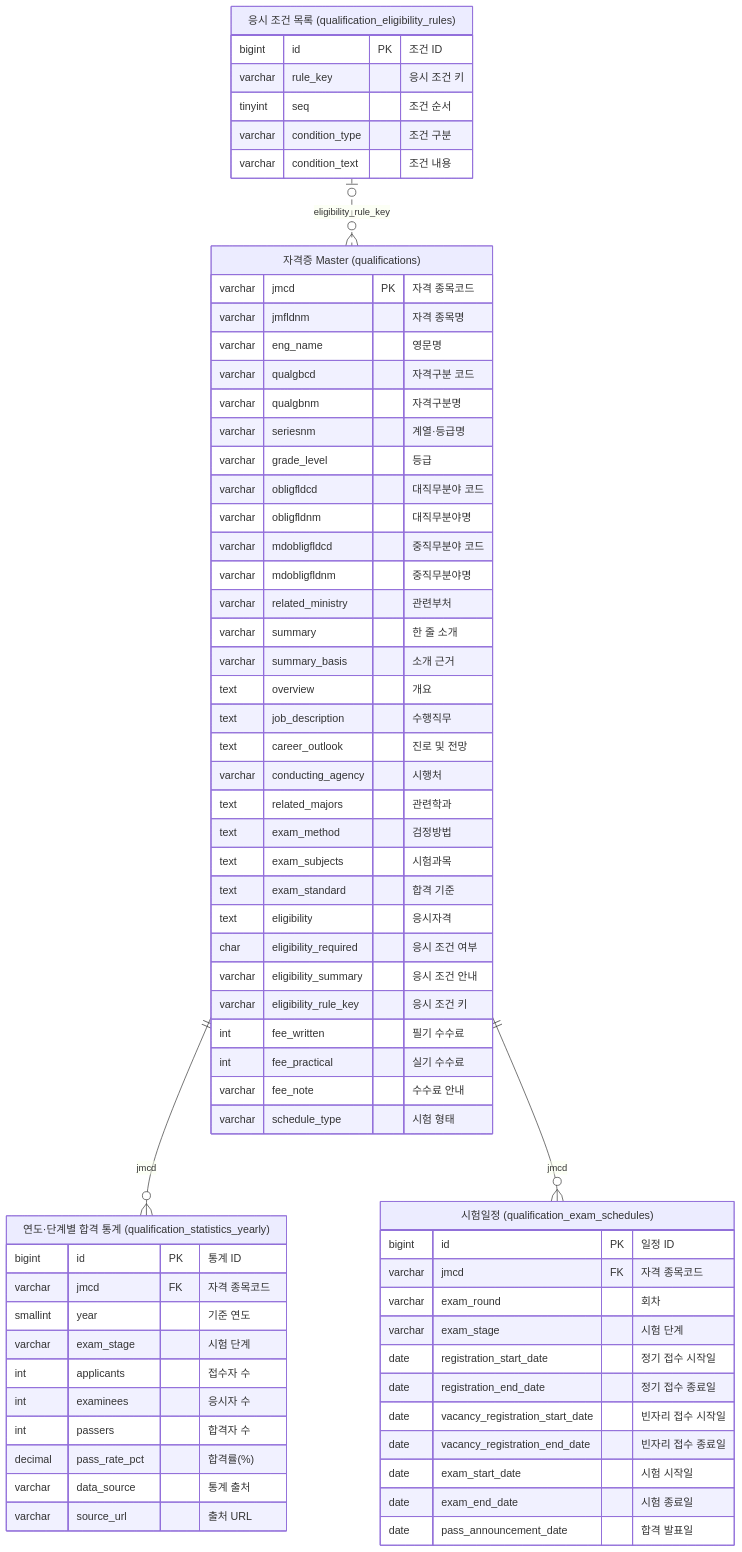
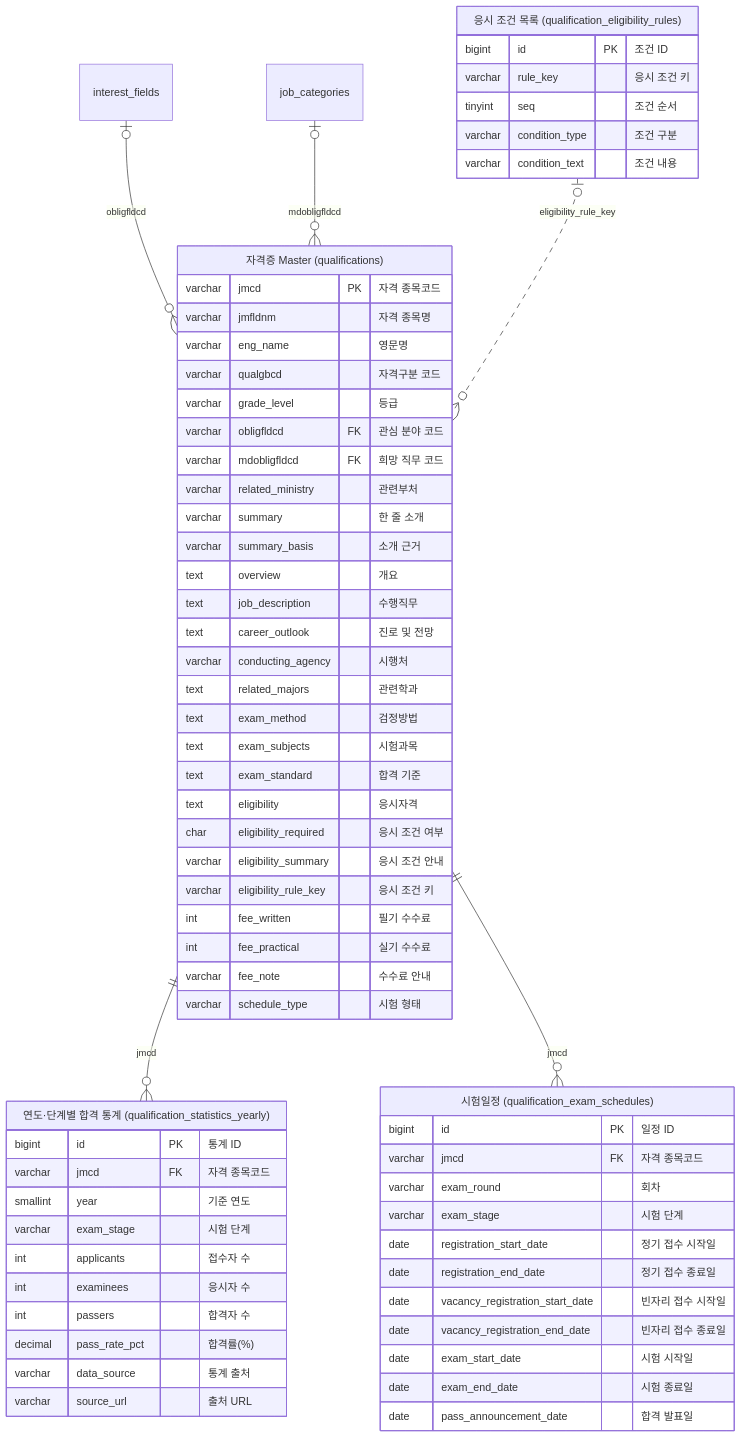
One commit to team-ap-cert-sniper/cert-sniper changed the fourth of 7 diagrams in docs/ERD.md. Above: the diagram before and after it, drawn with Mermaid. The commit also changed other lines of this file and 6 other files, not shown here.

````diff
--- a/docs/ERD.md
+++ b/docs/ERD.md
@@ -203,70 +203,68 @@
 ```mermaid
 erDiagram
     qualifications["자격증 Master (qualifications)"] {
         varchar jmcd PK "자격 종목코드"
         varchar jmfldnm "자격 종목명"
         varchar eng_name "영문명"
         varchar qualgbcd "자격구분 코드"
-        varchar qualgbnm "자격구분명"
-        varchar seriesnm "계열·등급명"
         varchar grade_level "등급"
-        varchar obligfldcd "대직무분야 코드"
-        varchar obligfldnm "대직무분야명"
-        varchar mdobligfldcd "중직무분야 코드"
-        varchar mdobligfldnm "중직무분야명"
+        varchar obligfldcd FK "관심 분야 코드"
+        varchar mdobligfldcd FK "희망 직무 코드"
         varchar related_ministry "관련부처"
         varchar summary "한 줄 소개"
         varchar summary_basis "소개 근거"
         text overview "개요"
         text job_description "수행직무"
         text career_outlook "진로 및 전망"
         varchar conducting_agency "시행처"
         text related_majors "관련학과"
         text exam_method "검정방법"
         text exam_subjects "시험과목"
         text exam_standard "합격 기준"
         text eligibility "응시자격"
         char eligibility_required "응시 조건 여부"
         varchar eligibility_summary "응시 조건 안내"
         varchar eligibility_rule_key "응시 조건 키"
         int fee_written "필기 수수료"
         int fee_practical "실기 수수료"
         varchar fee_note "수수료 안내"
         varchar schedule_type "시험 형태"
     }
     qualification_statistics_yearly["연도·단계별 합격 통계 (qualification_statistics_yearly)"] {
         bigint id PK "통계 ID"
         varchar jmcd FK "자격 종목코드"
         smallint year "기준 연도"
         varchar exam_stage "시험 단계"
         int applicants "접수자 수"
         int examinees "응시자 수"
         int passers "합격자 수"
         decimal pass_rate_pct "합격률(%)"
         varchar data_source "통계 출처"
         varchar source_url "출처 URL"
     }
     qualification_exam_schedules["시험일정 (qualification_exam_schedules)"] {
         bigint id PK "일정 ID"
         varchar jmcd FK "자격 종목코드"
         varchar exam_round "회차"
         varchar exam_stage "시험 단계"
         date registration_start_date "정기 접수 시작일"
         date registration_end_date "정기 접수 종료일"
         date vacancy_registration_start_date "빈자리 접수 시작일"
         date vacancy_registration_end_date "빈자리 접수 종료일"
         date exam_start_date "시험 시작일"
         date exam_end_date "시험 종료일"
         date pass_announcement_date "합격 발표일"
     }
     qualification_eligibility_rules["응시 조건 목록 (qualification_eligibility_rules)"] {
         bigint id PK "조건 ID"
         varchar rule_key "응시 조건 키"
         tinyint seq "조건 순서"
         varchar condition_type "조건 구분"
         varchar condition_text "조건 내용"
     }
+    interest_fields |o--o{ qualifications : "obligfldcd"
+    job_categories |o--o{ qualifications : "mdobligfldcd"
     qualifications ||--o{ qualification_statistics_yearly : "jmcd"
     qualifications ||--o{ qualification_exam_schedules : "jmcd"
     qualification_eligibility_rules |o..o{ qualifications : "eligibility_rule_key"
 ```
````
